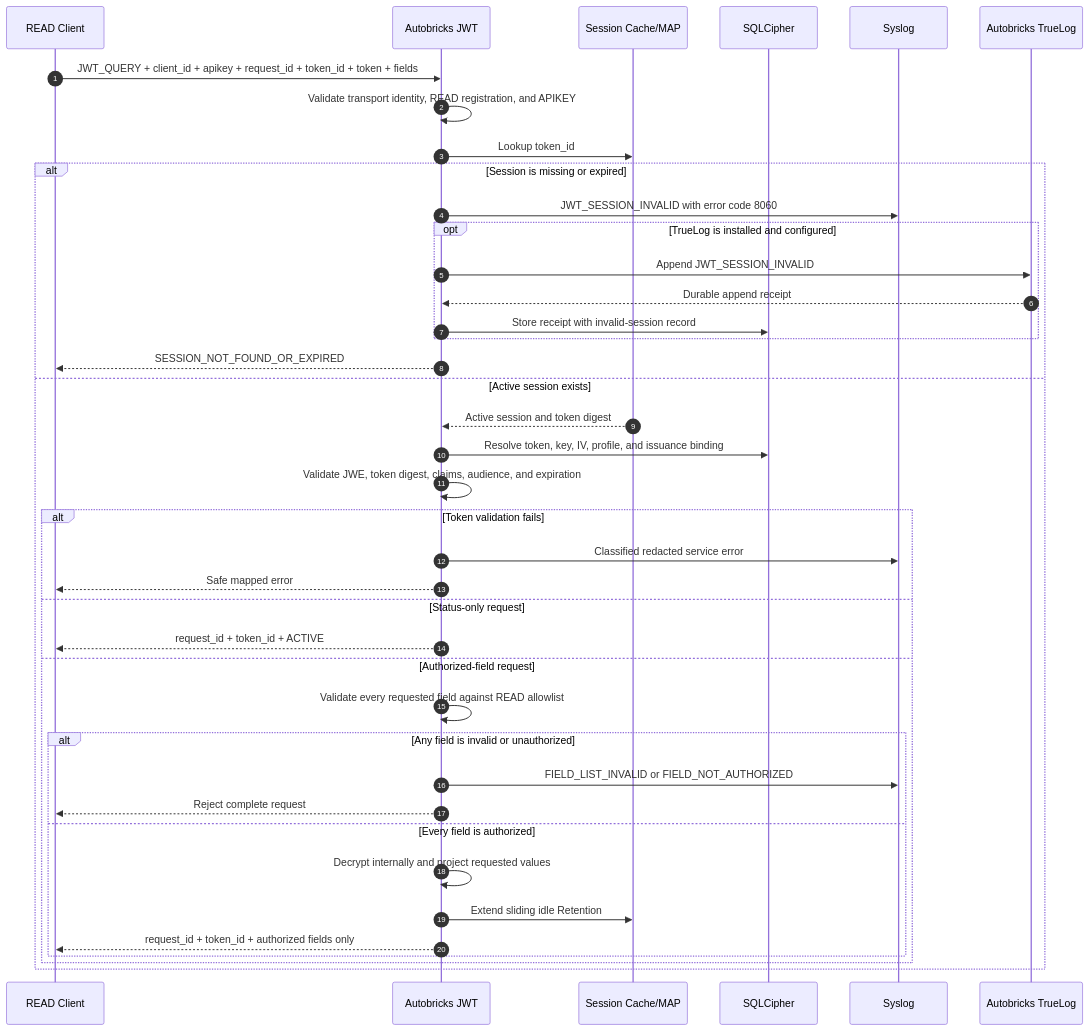
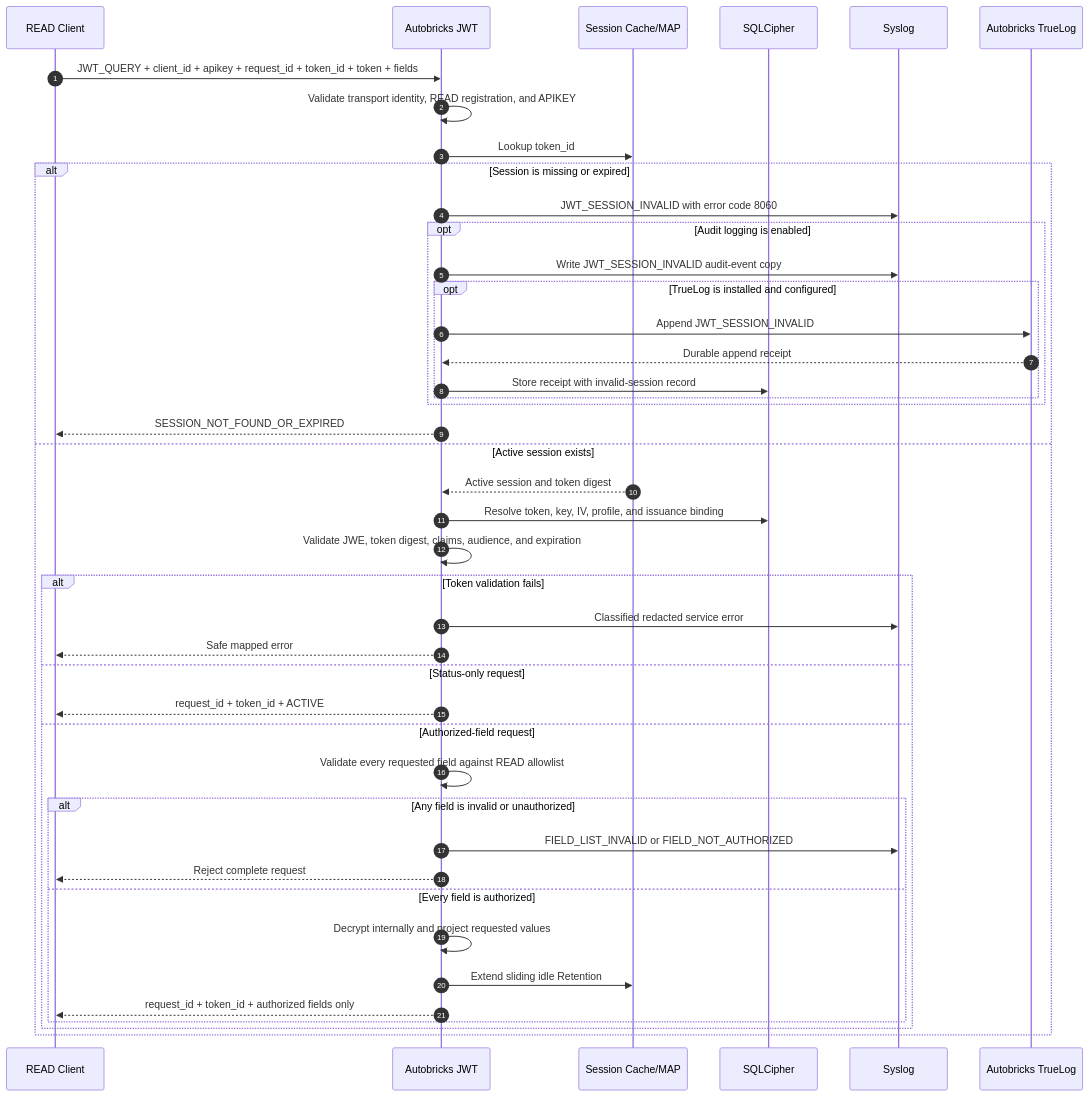
The second of 4 diagrams in docs/04-service-json-web-token-query.md (pregene/autobricks-jwt), drawn with Mermaid before and after one commit. The commit also changed other lines of this file and 23 other files, not shown here.

````diff
--- a/docs/04-service-json-web-token-query.md
+++ b/docs/04-service-json-web-token-query.md
@@ -244,45 +244,48 @@
 ```mermaid
 sequenceDiagram
     autonumber
     participant C as READ Client
     participant J as Autobricks JWT
     participant M as Session Cache/MAP
     participant S as SQLCipher
     participant O as Syslog
     participant T as Autobricks TrueLog
 
     C->>J: JWT_QUERY + client_id + apikey + request_id + token_id + token + fields
     J->>J: Validate transport identity, READ registration, and APIKEY
     J->>M: Lookup token_id
 
     alt Session is missing or expired
         J->>O: JWT_SESSION_INVALID with error code 8060
-        opt TrueLog is installed and configured
-            J->>T: Append JWT_SESSION_INVALID
-            T-->>J: Durable append receipt
-            J->>S: Store receipt with invalid-session record
+        opt Audit logging is enabled
+            J->>O: Write JWT_SESSION_INVALID audit-event copy
+            opt TrueLog is installed and configured
+                J->>T: Append JWT_SESSION_INVALID
+                T-->>J: Durable append receipt
+                J->>S: Store receipt with invalid-session record
+            end
         end
         J-->>C: SESSION_NOT_FOUND_OR_EXPIRED
     else Active session exists
         M-->>J: Active session and token digest
         J->>S: Resolve token, key, IV, profile, and issuance binding
         J->>J: Validate JWE, token digest, claims, audience, and expiration
 
         alt Token validation fails
             J->>O: Classified redacted service error
             J-->>C: Safe mapped error
         else Status-only request
             J-->>C: request_id + token_id + ACTIVE
         else Authorized-field request
             J->>J: Validate every requested field against READ allowlist
             alt Any field is invalid or unauthorized
                 J->>O: FIELD_LIST_INVALID or FIELD_NOT_AUTHORIZED
                 J-->>C: Reject complete request
             else Every field is authorized
                 J->>J: Decrypt internally and project requested values
                 J->>M: Extend sliding idle Retention
                 J-->>C: request_id + token_id + authorized fields only
             end
         end
     end
 ```
````
